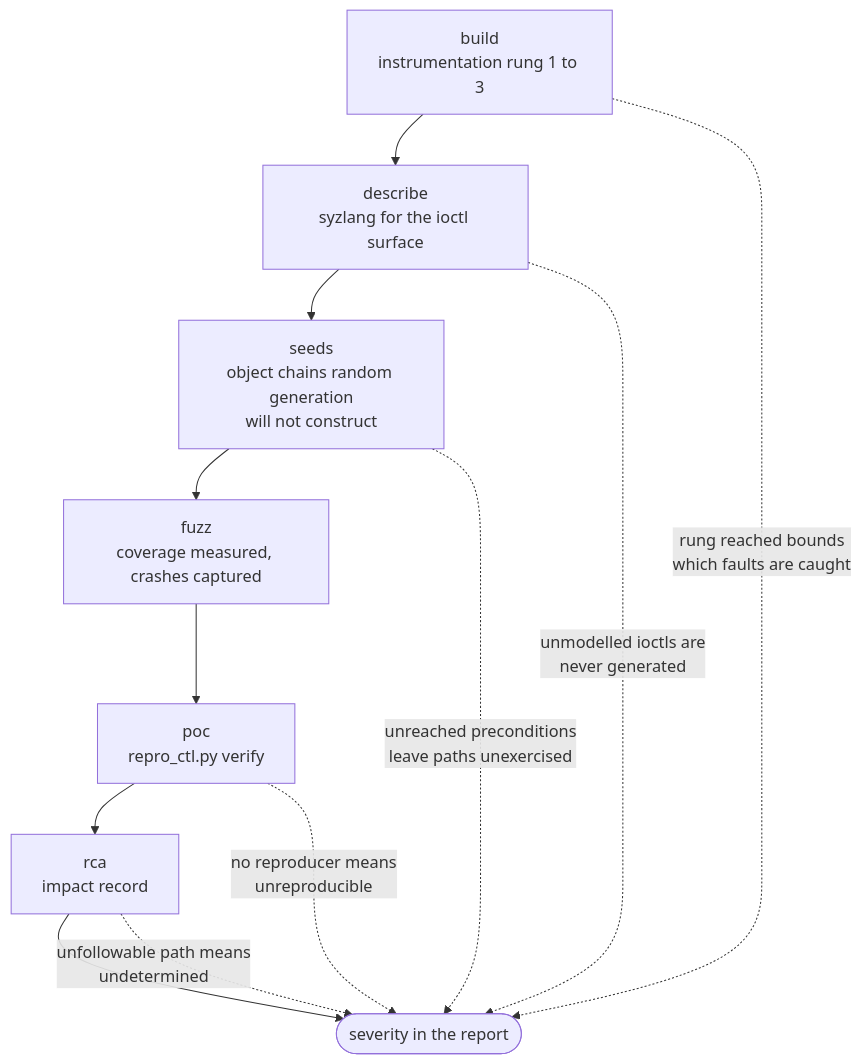
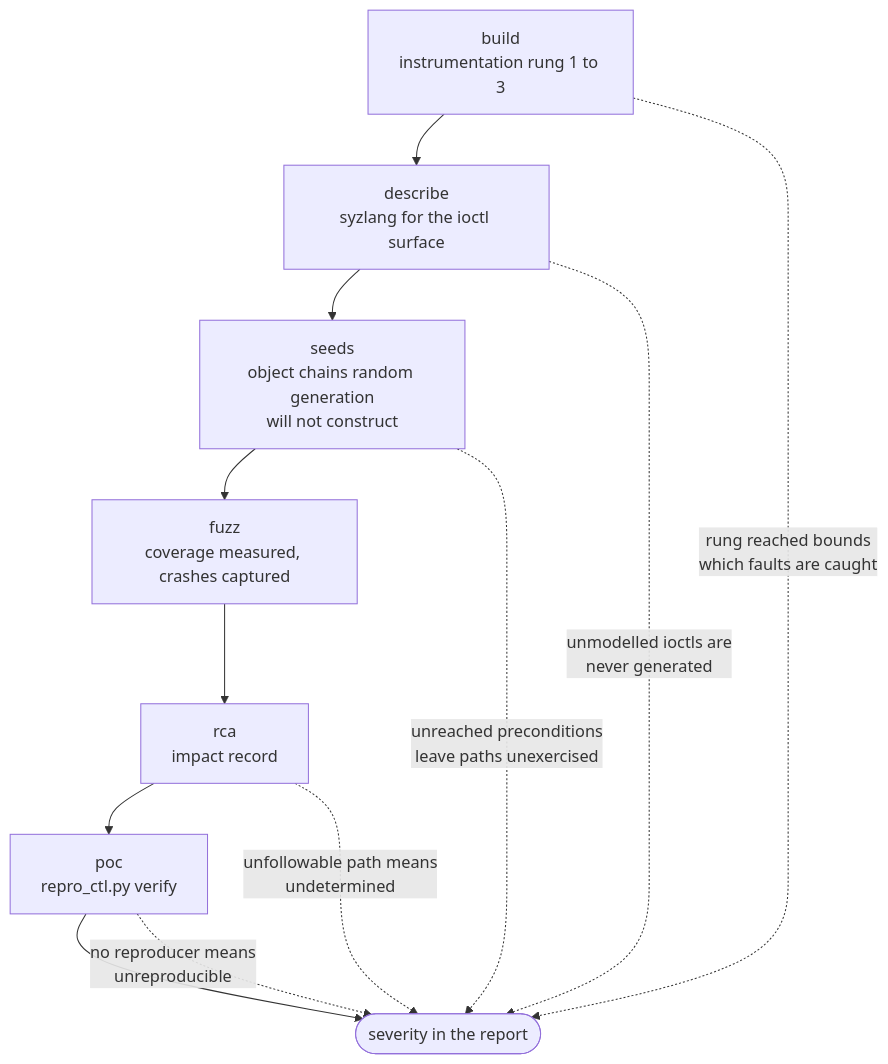
Before and after one commit to Indspl0it/gspwn: the diagram in docs/src/content/docs/architecture/scope-and-oracle.md, drawn with Mermaid. The commit also changed other lines of this file and 15 other files, not shown here.

First line of the commit message:
Rewrite the Architecture pages against source

````diff
--- a/docs/src/content/docs/architecture/scope-and-oracle.md
+++ b/docs/src/content/docs/architecture/scope-and-oracle.md
@@ -69,15 +85,15 @@
 ```mermaid
 flowchart TB
   B["build<br/>instrumentation rung 1 to 3"] --> D["describe<br/>syzlang for the ioctl surface"]
   D --> S["seeds<br/>object chains random generation<br/>will not construct"]
   S --> F["fuzz<br/>coverage measured, crashes captured"]
-  F --> P["poc<br/>repro_ctl.py verify"]
-  P --> R["rca<br/>impact record"]
-  R --> OUT(["severity in the report"])
+  F --> R["rca<br/>impact record"]
+  R --> P["poc<br/>repro_ctl.py verify"]
+  P --> OUT(["severity in the report"])
 
   B -.->|"rung reached bounds<br/>which faults are caught"| OUT
   D -.->|"unmodelled ioctls are<br/>never generated"| OUT
   S -.->|"unreached preconditions<br/>leave paths unexercised"| OUT
   P -.->|"no reproducer means<br/>unreproducible"| OUT
   R -.->|"unfollowable path means<br/>undetermined"| OUT
 ```
````
